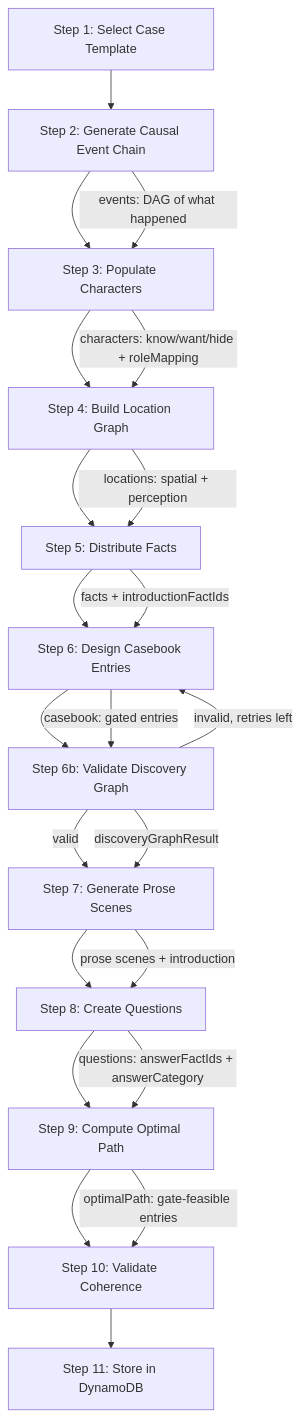
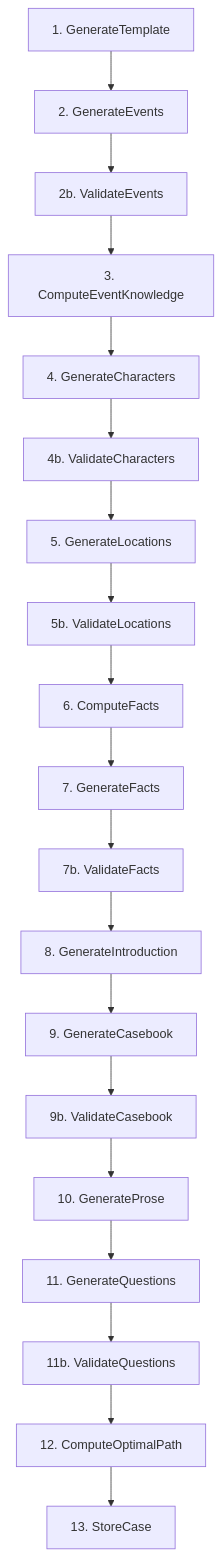
The second of 2 diagrams in DATA_MODEL_DESIGN.md (pmealey/consulting-detective), drawn with Mermaid before and after one commit. The commit also changed other lines of this file and 36 other files, not shown here.

Commit message:
Refactor case generation to programatically create casebook based on fact structure

````diff
--- a/DATA_MODEL_DESIGN.md
+++ b/DATA_MODEL_DESIGN.md
@@ -60,25 +75,21 @@
 ```mermaid
 flowchart TD
-    A[Step 1: Select Case Template] --> B[Step 2: Generate Causal Event Chain]
-    B --> C[Step 3: Populate Characters]
-    C --> D[Step 4: Build Location Graph]
-    D --> E[Step 5: Distribute Facts]
-    E --> F[Step 6: Design Casebook Entries]
-    F --> F2[Step 6b: Validate Discovery Graph]
-    F2 -->|valid| G[Step 7: Generate Prose Scenes]
-    F2 -->|invalid, retries left| F
-    G --> H[Step 8: Create Questions]
-    H --> I[Step 9: Compute Optimal Path]
-    I --> J[Step 10: Validate Coherence]
-    J --> K[Step 11: Store in DynamoDB]
-
-    B -->|"events: DAG of what happened"| C
-    C -->|"characters: know/want/hide + roleMapping"| D
-    D -->|"locations: spatial + perception"| E
-    E -->|"facts + introductionFactIds"| F
-    F -->|"casebook: gated entries"| F2
-    F2 -->|"discoveryGraphResult"| G
-    G -->|"prose scenes + introduction"| H
-    H -->|"questions: answerFactIds + answerCategory"| I
-    I -->|"optimalPath: gate-feasible entries"| J
+    A[1. GenerateTemplate] --> B[2. GenerateEvents]
+    B --> B2[2b. ValidateEvents]
+    B2 --> C[3. ComputeEventKnowledge]
+    C --> D[4. GenerateCharacters]
+    D --> D2[4b. ValidateCharacters]
+    D2 --> E[5. GenerateLocations]
+    E --> E2[5b. ValidateLocations]
+    E2 --> F[6. ComputeFacts]
+    F --> G[7. GenerateFacts]
+    G --> G2[7b. ValidateFacts]
+    G2 --> H[8. GenerateIntroduction]
+    H --> I[9. GenerateCasebook]
+    I --> I2[9b. ValidateCasebook]
+    I2 --> J[10. GenerateProse]
+    J --> K[11. GenerateQuestions]
+    K --> K2[11b. ValidateQuestions]
+    K2 --> L[12. ComputeOptimalPath]
+    L --> M[13. StoreCase]
 ```
````
